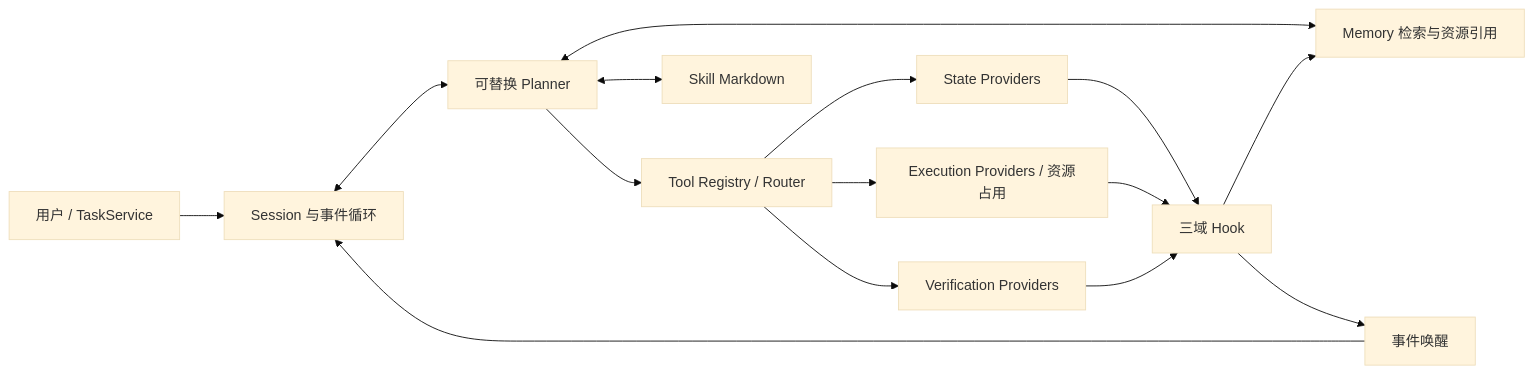
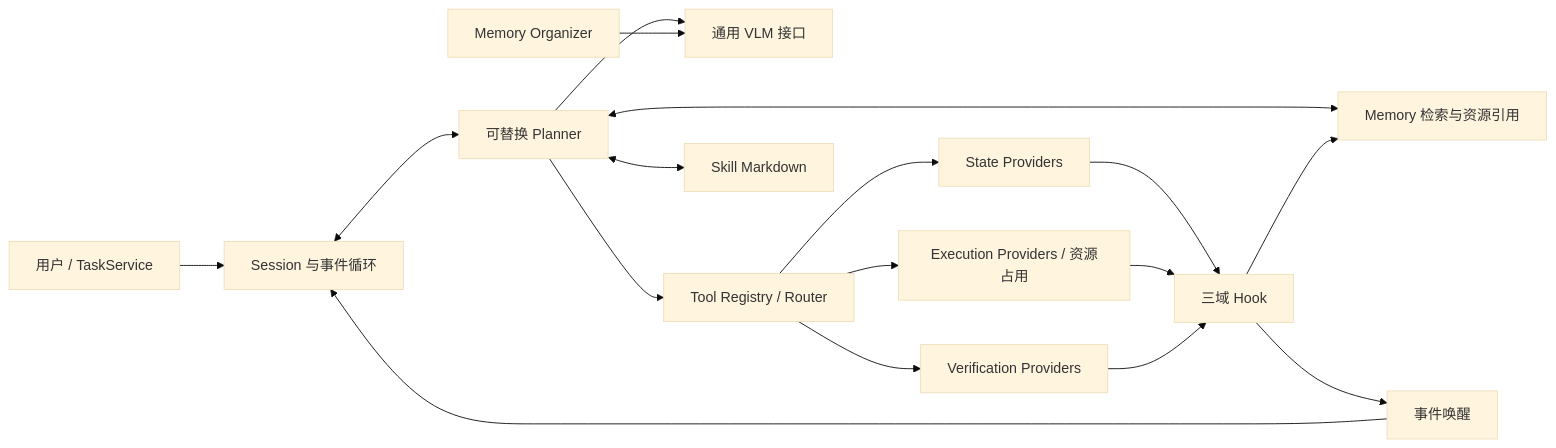
One commit to qianyuhang16/HumanoidAgent changed the diagram in docs/architecture.md. Above: the diagram before and after it, drawn with Mermaid (base theme). The commit also changed other lines of this file and 34 other files, not shown here.

First line of the commit message:
refactor: isolate VLM adapters and rebuild file-based memory

````diff
--- a/docs/architecture.md
+++ b/docs/architecture.md
@@ -5,17 +5,19 @@
 ```mermaid
 flowchart LR
     U[用户 / TaskService] --> S[Session 与事件循环]
     S <--> P[可替换 Planner]
+    P --> L[通用 VLM 接口]
+    O[Memory Organizer] --> L
     P --> R[Tool Registry / Router]
     P <--> K[Skill Markdown]
     P <--> M[Memory 检索与资源引用]
     R --> ST[State Providers]
     R --> EX[Execution Providers / 资源占用]
     R --> V[Verification Providers]
     ST --> H[三域 Hook]
     EX --> H
     V --> H
     H --> M
     H --> E[事件唤醒]
     E --> S
 ```
````
